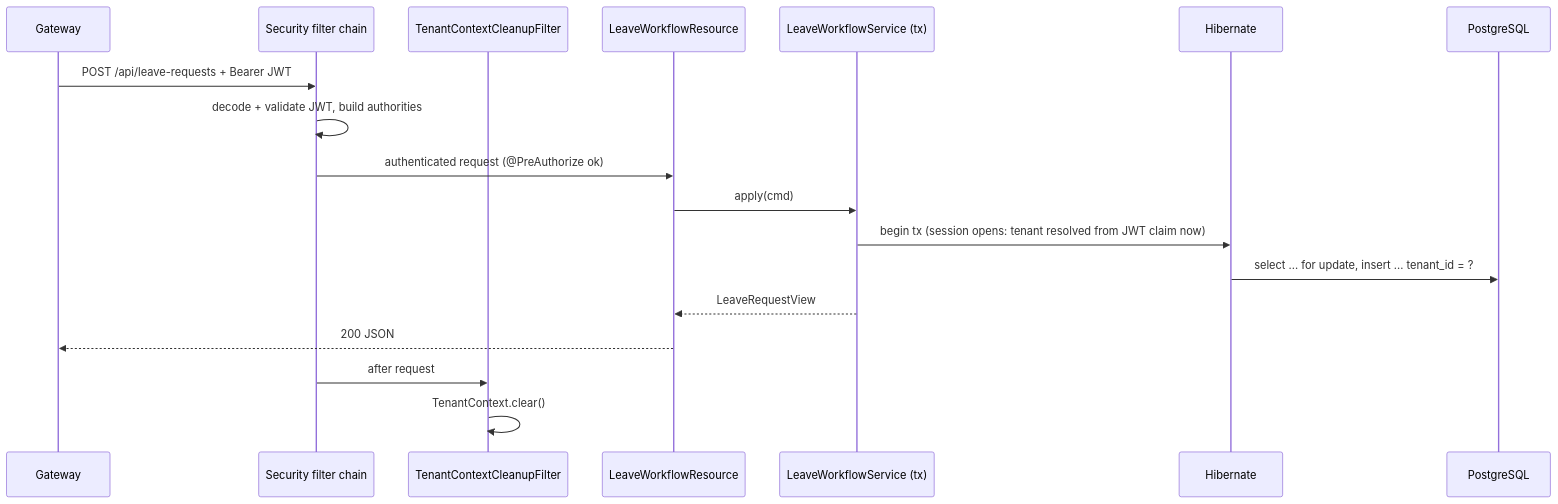
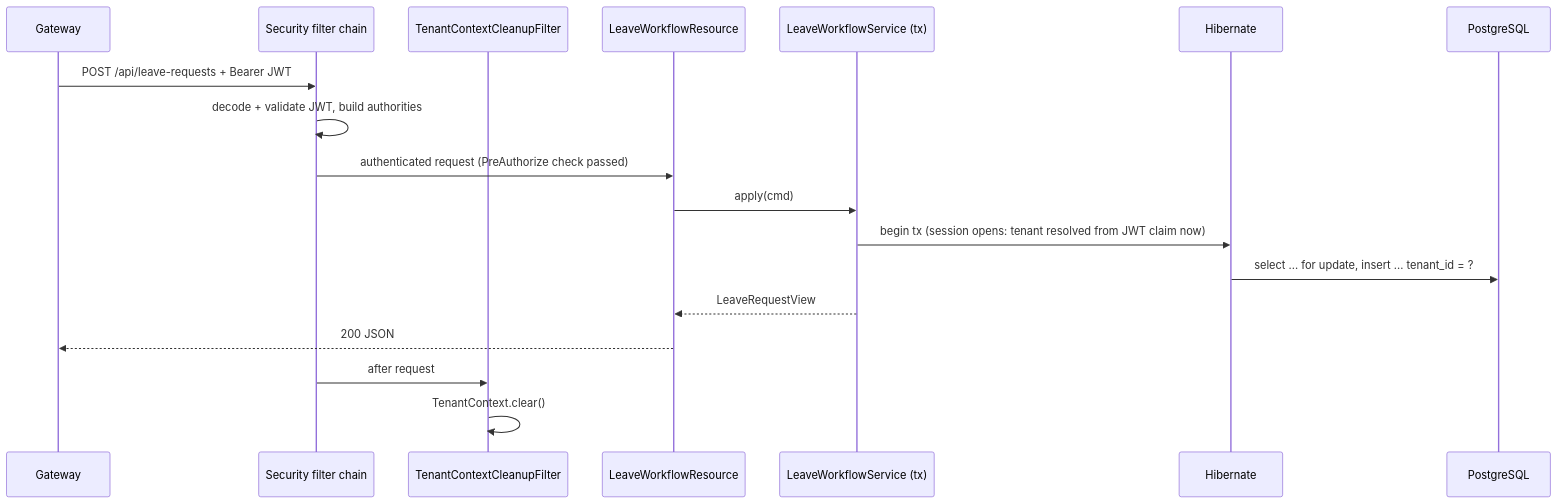
Before and after one commit to Scaibu/llm-obs-policies: diagram 22 of 28 in rules/code-quality/architecture-principles/0002-generic-microservice-platform-blueprint.md, drawn with Mermaid. The commit also changed other lines of this file, not shown here.

Commit message:
fix(diagrams): remove all @ annotations from Mermaid blocks to fix parse errors

````diff
--- a/rules/code-quality/architecture-principles/0002-generic-microservice-platform-blueprint.md
+++ b/rules/code-quality/architecture-principles/0002-generic-microservice-platform-blueprint.md
@@ -1314,20 +1314,20 @@
 ```mermaid
 sequenceDiagram
     participant GW as Gateway
     participant F as Security filter chain
     participant CL as TenantContextCleanupFilter
     participant R as LeaveWorkflowResource
     participant S as LeaveWorkflowService (tx)
     participant H as Hibernate
     participant DB as PostgreSQL
     GW->>F: POST /api/leave-requests + Bearer JWT
     F->>F: decode + validate JWT, build authorities
-    F->>R: authenticated request (@PreAuthorize ok)
+    F->>R: authenticated request (PreAuthorize check passed)
     R->>S: apply(cmd)
     S->>H: begin tx (session opens: tenant resolved from JWT claim now)
     H->>DB: select ... for update, insert ... tenant_id = ?
     S-->>R: LeaveRequestView
     R-->>GW: 200 JSON
     F->>CL: after request
     CL->>CL: TenantContext.clear()
 ```
````
